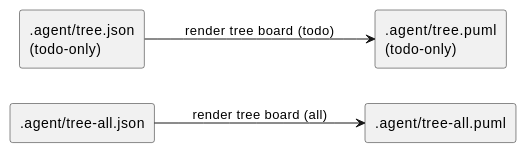
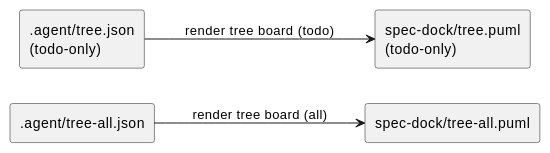
Before and after one commit to chemitaro/spec-dock: the first of 2 diagrams in spec-deps/current/adrs/adr-00004-ready-board-artifact-naming.md, drawn with PlantUML. The commit also changed other lines of this file and 7 other files, not shown here.

````diff
--- a/spec-deps/current/adrs/adr-00004-ready-board-artifact-naming.md
+++ b/spec-deps/current/adrs/adr-00004-ready-board-artifact-naming.md
@@ -33,14 +36,14 @@
 ```plantuml
 @startuml
 left to right direction
 skinparam shadowing false
 
 rectangle ".agent/tree-all.json" as TAll
 rectangle ".agent/tree.json\n(todo-only)" as TTodo
-rectangle ".agent/tree-all.puml" as PAll
-rectangle ".agent/tree.puml\n(todo-only)" as PTodo
+rectangle "spec-dock/tree-all.puml" as PAll
+rectangle "spec-dock/tree.puml\n(todo-only)" as PTodo
 
 TAll --> PAll : render tree board (all)
 TTodo --> PTodo : render tree board (todo)
 @enduml
 ```
````
